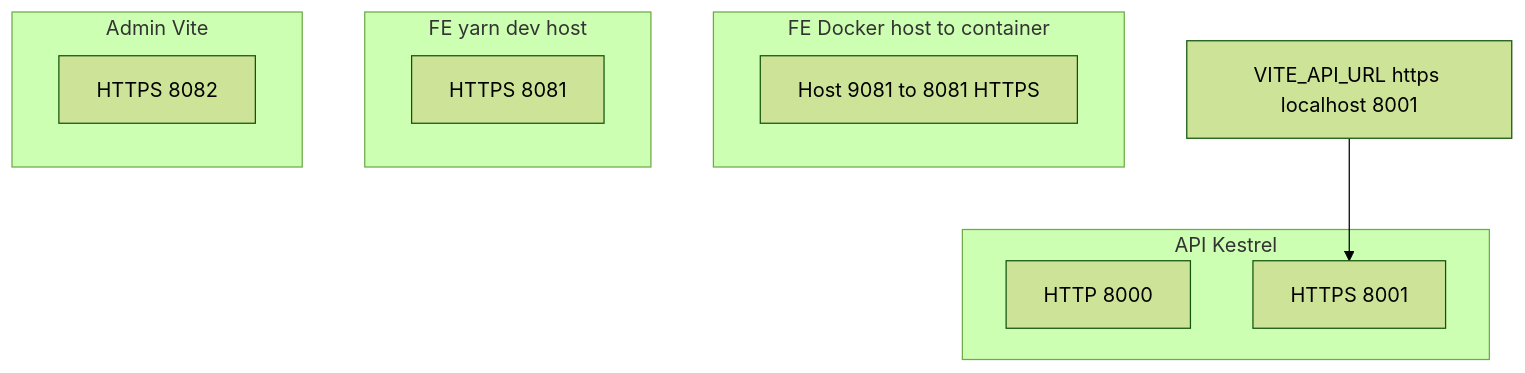
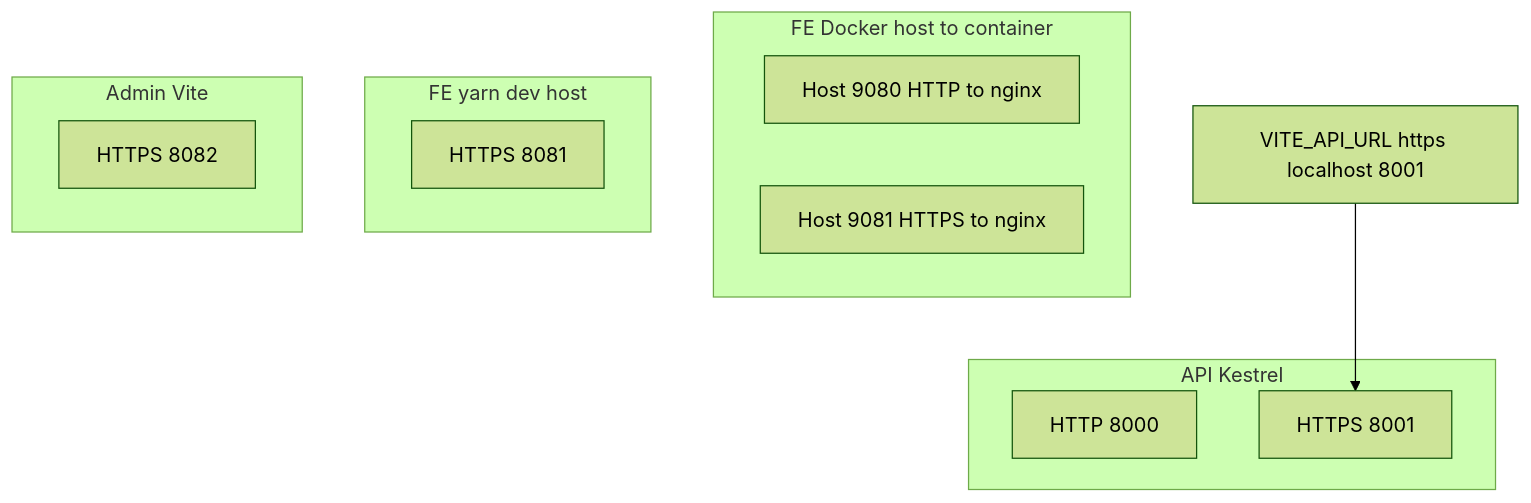
The second of 2 diagrams in docs/guides/dev-https.md (01laky/mfai_demo), drawn with Mermaid (forest theme) before and after one commit. The commit also changed other lines of this file and 5 other files, not shown here.

````diff
--- a/docs/guides/dev-https.md
+++ b/docs/guides/dev-https.md
@@ -52,18 +56,19 @@
 ```mermaid
 flowchart TB
   subgraph API_svc["API Kestrel"]
     A8000[HTTP 8000]
     A8001[HTTPS 8001]
   end
   subgraph FE_docker["FE Docker host to container"]
-    F9081[Host 9081 to 8081 HTTPS]
+    F9080[Host 9080 HTTP to nginx]
+    F9081[Host 9081 HTTPS to nginx]
   end
   subgraph FE_host["FE yarn dev host"]
     F8081[HTTPS 8081]
   end
   subgraph Admin_svc["Admin Vite"]
     AD8082[HTTPS 8082]
   end
   Env[VITE_API_URL https localhost 8001]
   Env --> A8001
 ```
````
